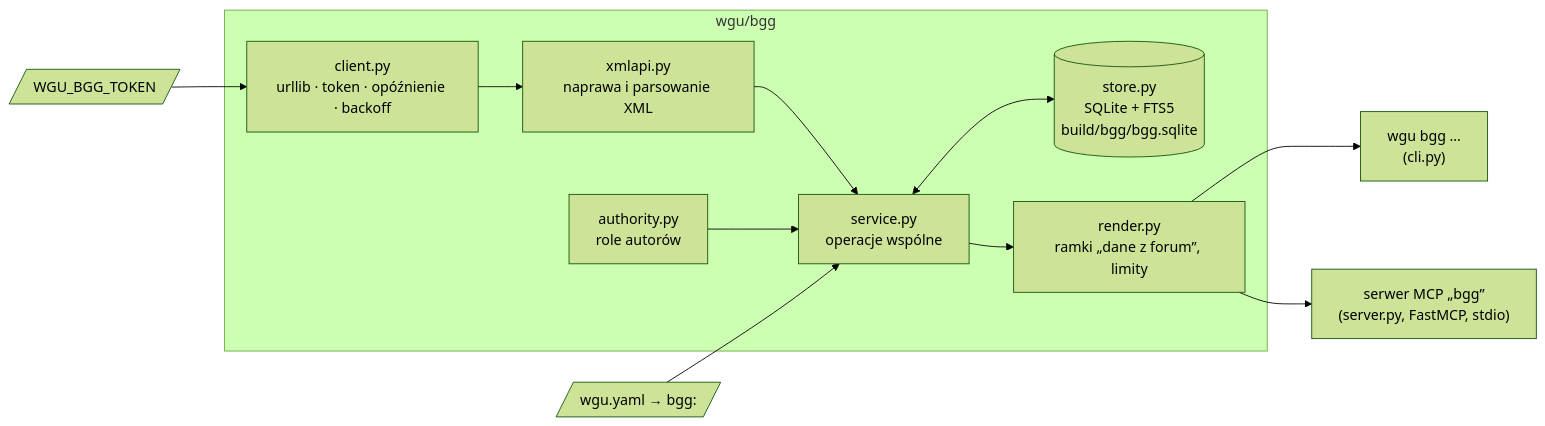
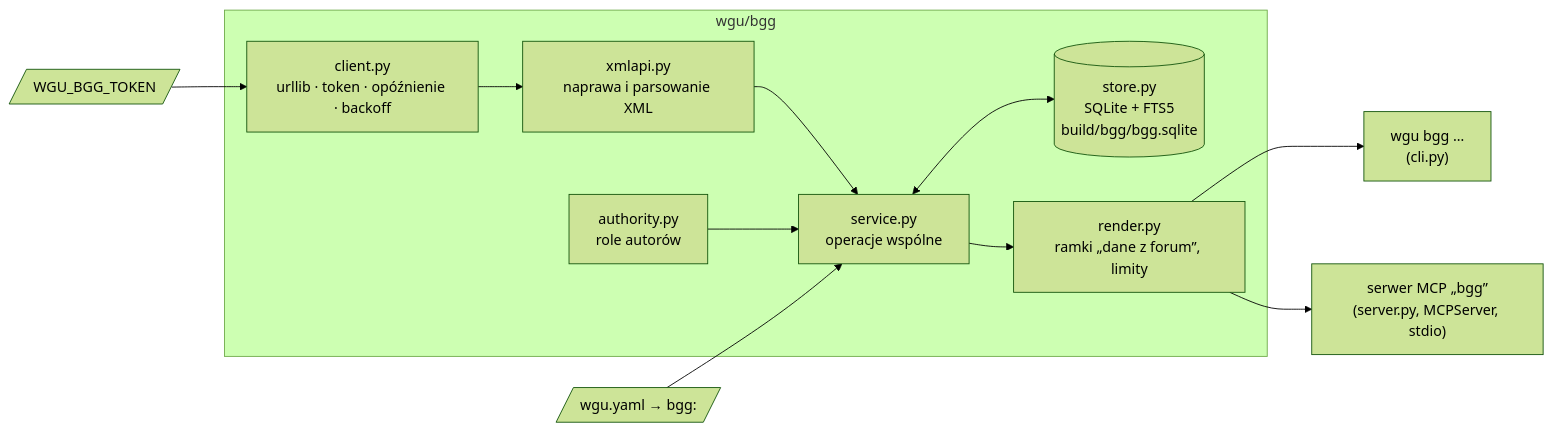
The diagram in docs/design/bgg-mcp.md (yautay/wargame-utils), drawn with Mermaid (forest theme) before and after one commit. The commit also changed other lines of this file and 8 other files, not shown here.

````diff
--- a/docs/design/bgg-mcp.md
+++ b/docs/design/bgg-mcp.md
@@ -22,18 +22,18 @@
 ```mermaid
 flowchart LR
     subgraph wgu/bgg
         CL[client.py<br/>urllib · token · opóźnienie · backoff]
         XP[xmlapi.py<br/>naprawa i parsowanie XML]
         ST[(store.py<br/>SQLite + FTS5<br/>build/bgg/bgg.sqlite)]
         AU[authority.py<br/>role autorów]
         SV[service.py<br/>operacje wspólne]
         RD[render.py<br/>ramki „dane z forum”, limity]
     end
     CL --> XP --> SV
     SV <--> ST
     AU --> SV --> RD
     RD --> CLI["wgu bgg …<br/>(cli.py)"]
-    RD --> MCP["serwer MCP „bgg”<br/>(server.py, FastMCP, stdio)"]
+    RD --> MCP["serwer MCP „bgg”<br/>(server.py, MCPServer, stdio)"]
     CFG[/wgu.yaml → bgg:/] --> SV
     ENV[/WGU_BGG_TOKEN/] --> CL
 ```
````
